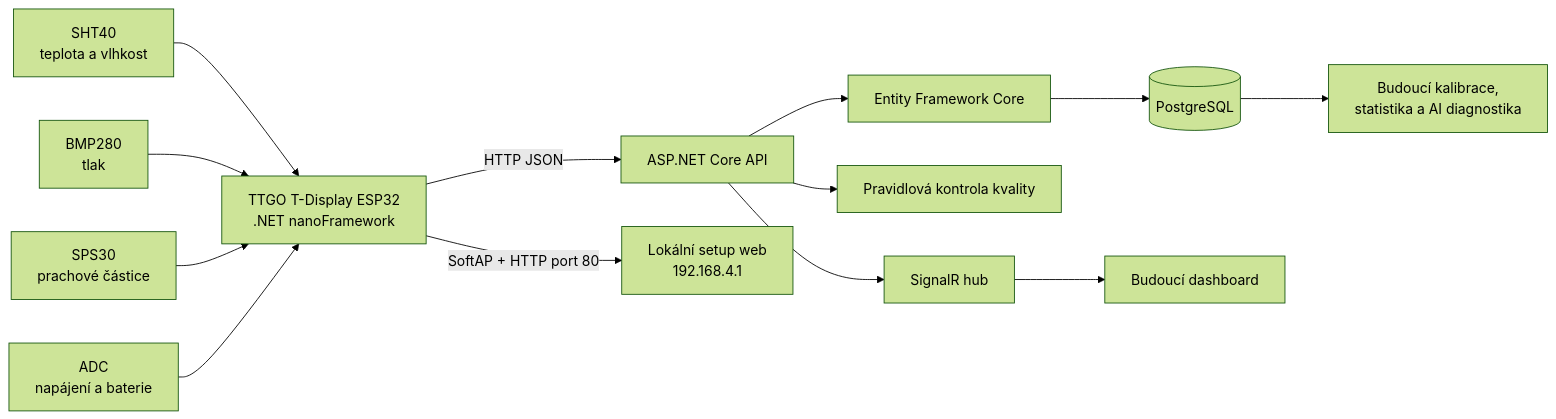
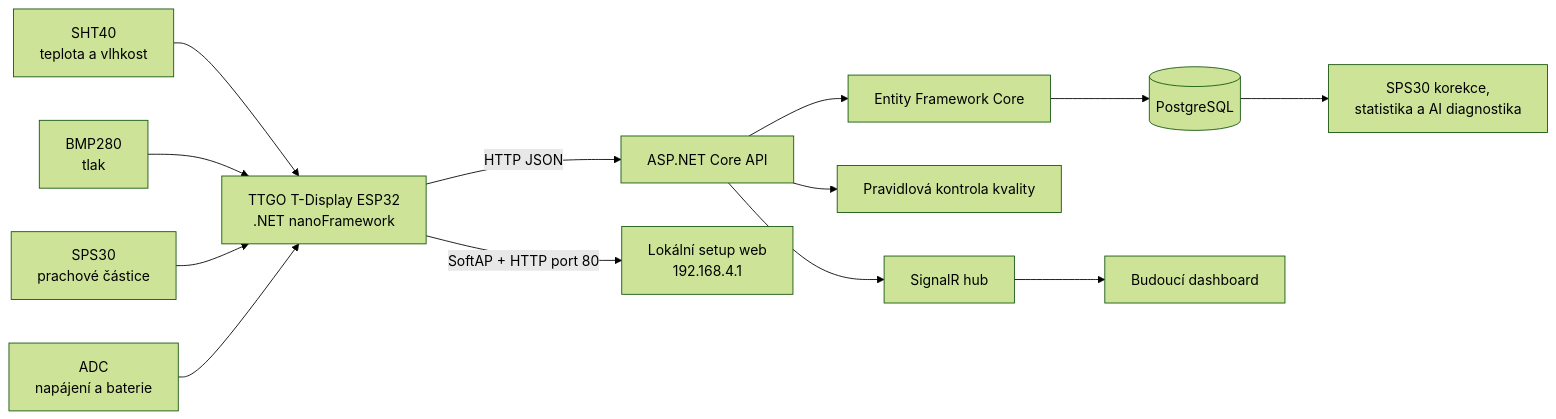
One commit to Radovan30/MeteoStanice changed the first of 3 diagrams in docs/ARCHITEKTURA_A_POPIS_SYSTEMU.md. Above: the diagram before and after it, drawn with Mermaid (forest theme). The commit also changed other lines of this file and 98 other files, not shown here.

````diff
--- a/docs/ARCHITEKTURA_A_POPIS_SYSTEMU.md
+++ b/docs/ARCHITEKTURA_A_POPIS_SYSTEMU.md
@@ -37,16 +37,16 @@
 ```mermaid
 flowchart LR
     SHT[SHT40\nteplota a vlhkost] --> ESP
     BMP[BMP280\ntlak] --> ESP
     SPS[SPS30\nprachové částice] --> ESP
     PWR[ADC\nnapájení a baterie] --> ESP
 
     ESP[TTGO T-Display ESP32\n.NET nanoFramework] -->|HTTP JSON| API[ASP.NET Core API]
     ESP -->|SoftAP + HTTP port 80| SETUP[Lokální setup web\n192.168.4.1]
     API --> EF[Entity Framework Core]
     EF --> DB[(PostgreSQL)]
     API --> QC[Pravidlová kontrola kvality]
     API --> SIGNALR[SignalR hub]
     SIGNALR --> DASH[Budoucí dashboard]
-    DB --> ANALYTICS[Budoucí kalibrace,\nstatistika a AI diagnostika]
+    DB --> ANALYTICS[SPS30 korekce,\nstatistika a AI diagnostika]
 ```
````
